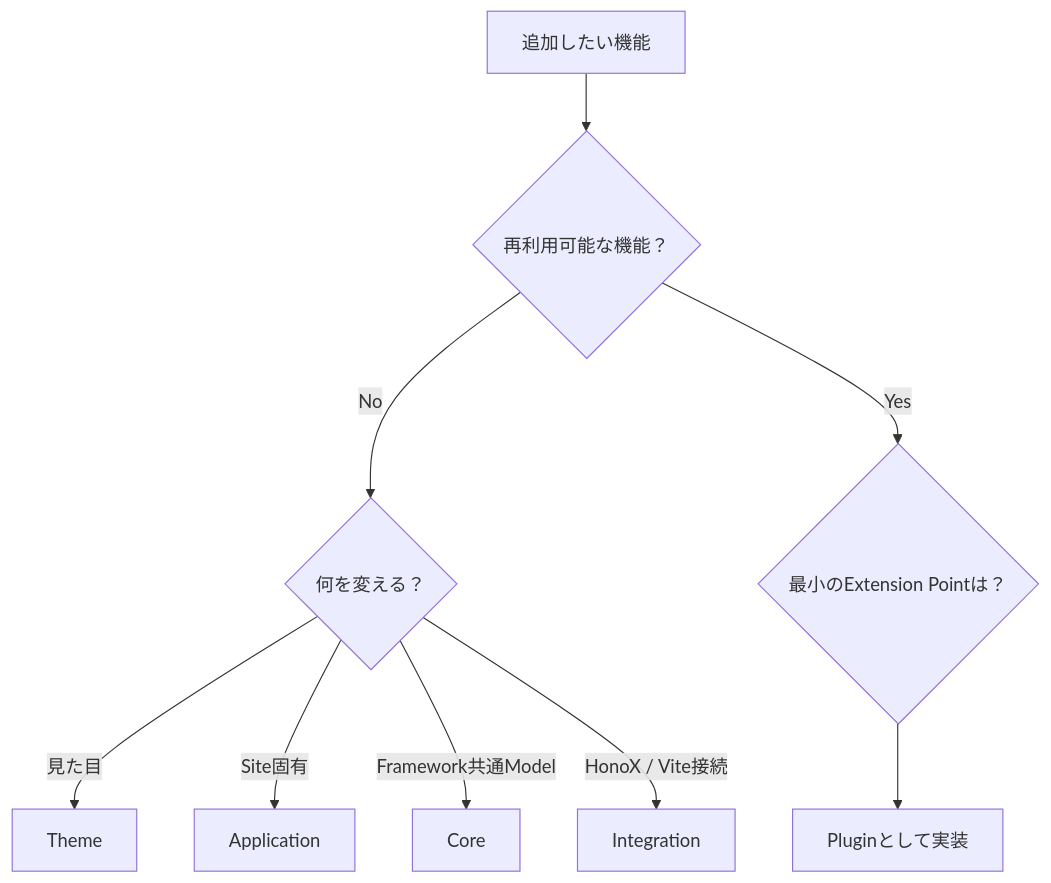
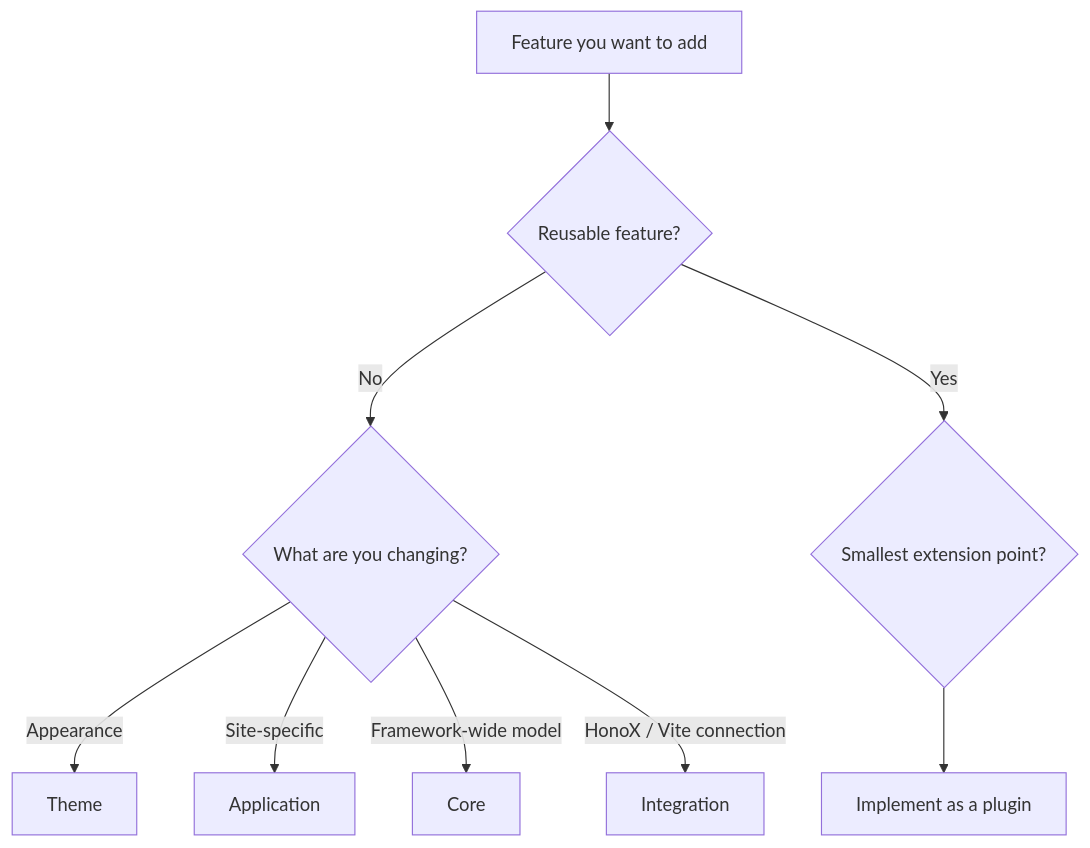
Before and after one commit to Rerurate514/riebeckite: the third of 3 diagrams in docs/docs/framework/plugin-system.md, drawn with Mermaid. The commit also changed other lines of this file and 604 other files, not shown here.

````diff
--- a/docs/docs/framework/plugin-system.md
+++ b/docs/docs/framework/plugin-system.md
@@ -1018,17 +133,17 @@
-```mermaid id="7p5i6d"
+```mermaid
 flowchart TD
-    Start["追加したい機能"]
-    Plugin{"再利用可能な機能？"}
+    Start["Feature you want to add"]
+    Plugin{"Reusable feature?"}
 
     Start --> Plugin
 
-    Plugin -->|No| Other{"何を変える？"}
-    Plugin -->|Yes| Point{"最小のExtension Pointは？"}
+    Plugin -->|No| Other{"What are you changing?"}
+    Plugin -->|Yes| Point{"Smallest extension point?"}
 
-    Other -->|"見た目"| Theme["Theme"]
-    Other -->|"Site固有"| App["Application"]
-    Other -->|"Framework共通Model"| Core["Core"]
-    Other -->|"HonoX / Vite接続"| Integration["Integration"]
+    Other -->|"Appearance"| Theme["Theme"]
+    Other -->|"Site-specific"| App["Application"]
+    Other -->|"Framework-wide model"| Core["Core"]
+    Other -->|"HonoX / Vite connection"| Integration["Integration"]
 
-    Point --> Implement["Pluginとして実装"]
+    Point --> Implement["Implement as a plugin"]
 ```
````
